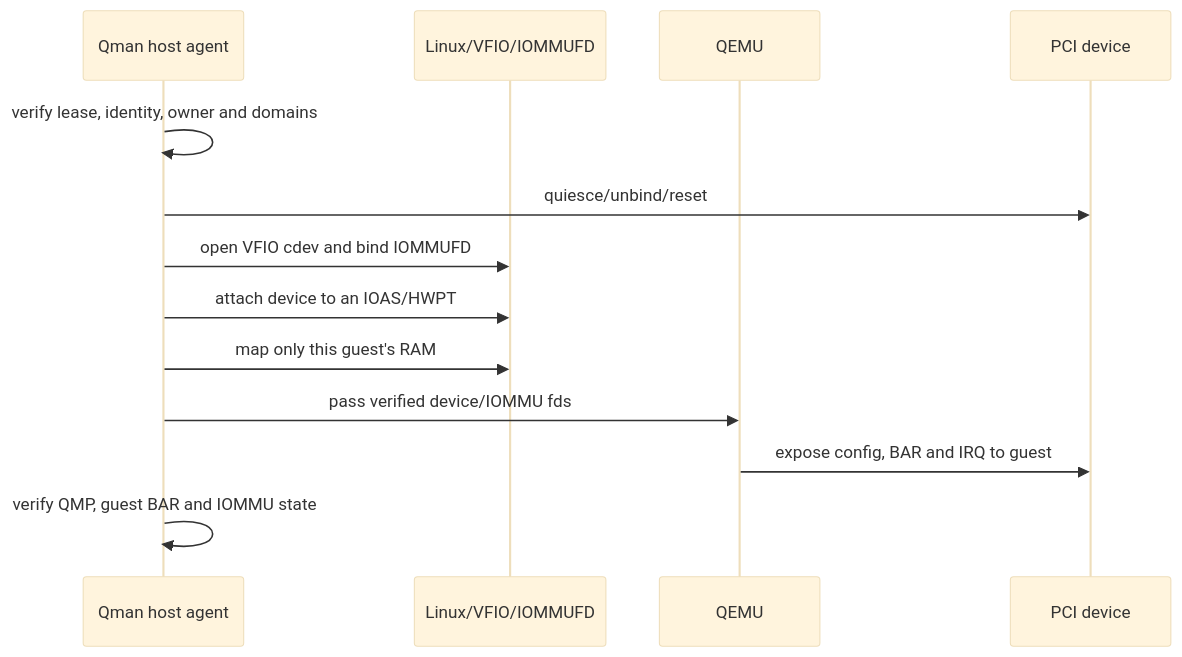
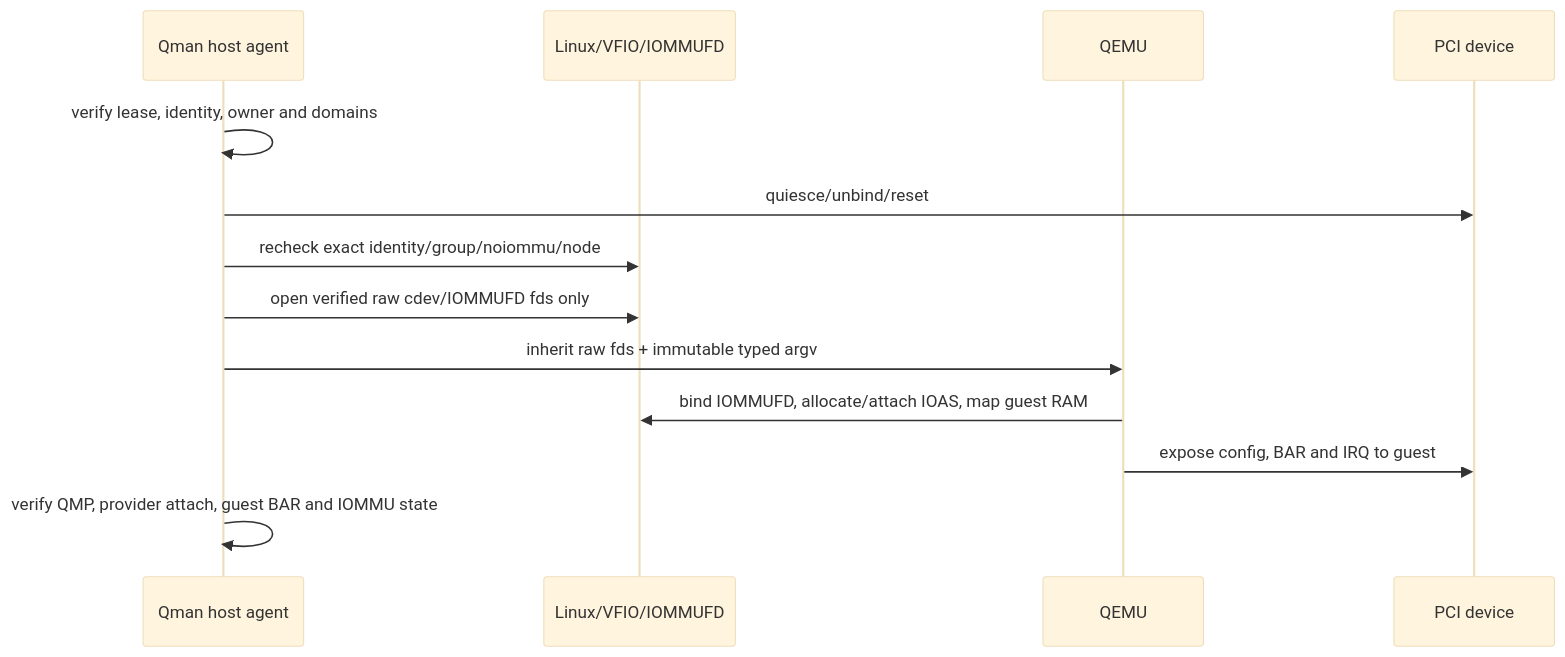
One commit to JoJoJoinme/pci-mmio-notes changed the fourth of 21 diagrams in qemu-static-dynamic-directpath-design.md. Above: the diagram before and after it, drawn with Mermaid (base theme). The commit also changed other lines of this file and 13 other files, not shown here.

Commit message:
evidence: register VFIO provider component proof

````diff
--- a/qemu-static-dynamic-directpath-design.md
+++ b/qemu-static-dynamic-directpath-design.md
@@ -224,16 +224,16 @@
 ```mermaid
 sequenceDiagram
     participant A as Qman host agent
     participant K as Linux/VFIO/IOMMUFD
     participant Q as QEMU
     participant D as PCI device
 
     A->>A: verify lease, identity, owner and domains
     A->>D: quiesce/unbind/reset
-    A->>K: open VFIO cdev and bind IOMMUFD
-    A->>K: attach device to an IOAS/HWPT
-    A->>K: map only this guest's RAM
-    A->>Q: pass verified device/IOMMU fds
+    A->>K: recheck exact identity/group/noiommu/node
+    A->>K: open verified raw cdev/IOMMUFD fds only
+    A->>Q: inherit raw fds + immutable typed argv
+    Q->>K: bind IOMMUFD, allocate/attach IOAS, map guest RAM
     Q->>D: expose config, BAR and IRQ to guest
-    A->>A: verify QMP, guest BAR and IOMMU state
+    A->>A: verify QMP, provider attach, guest BAR and IOMMU state
 ```
````
